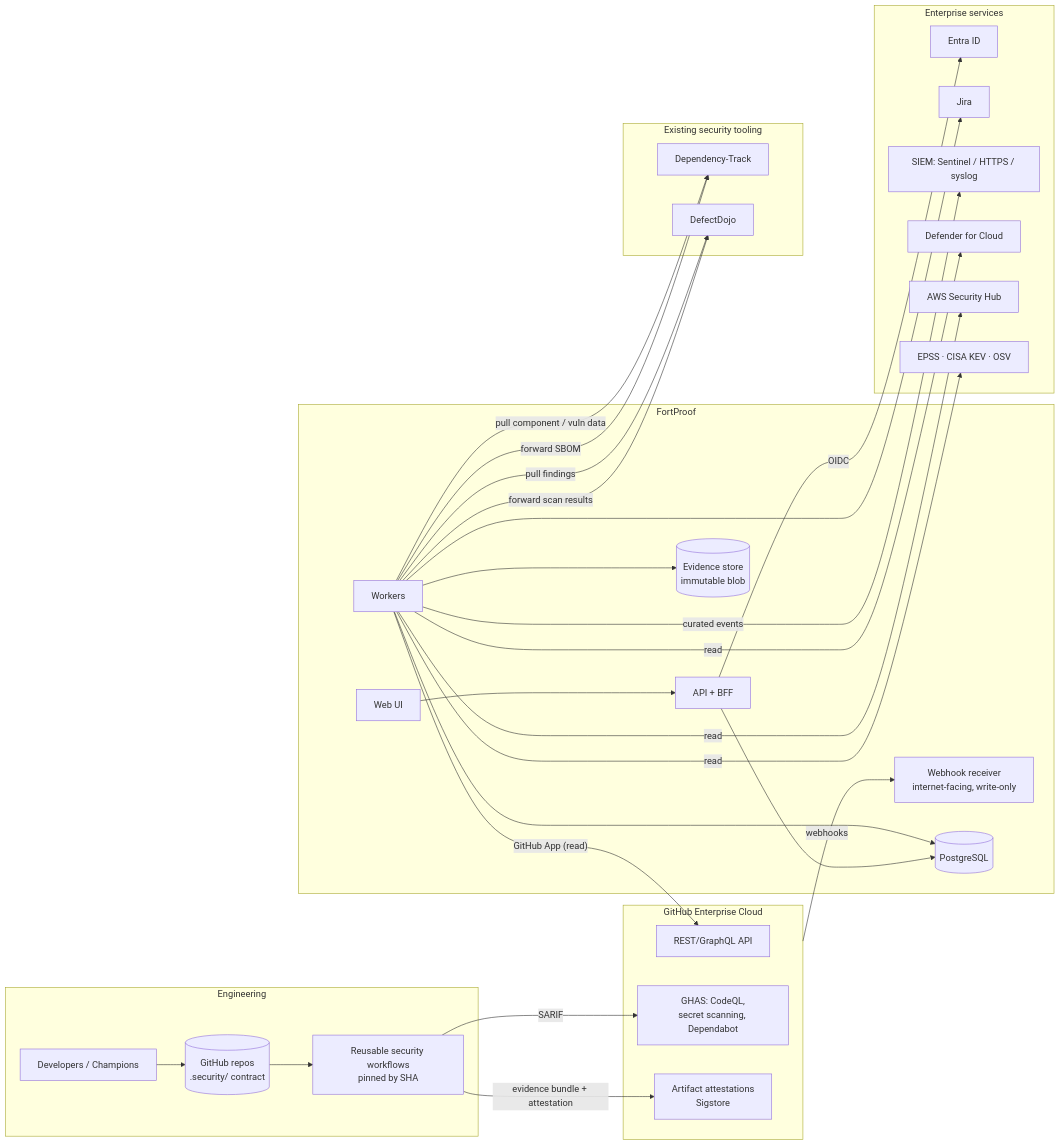
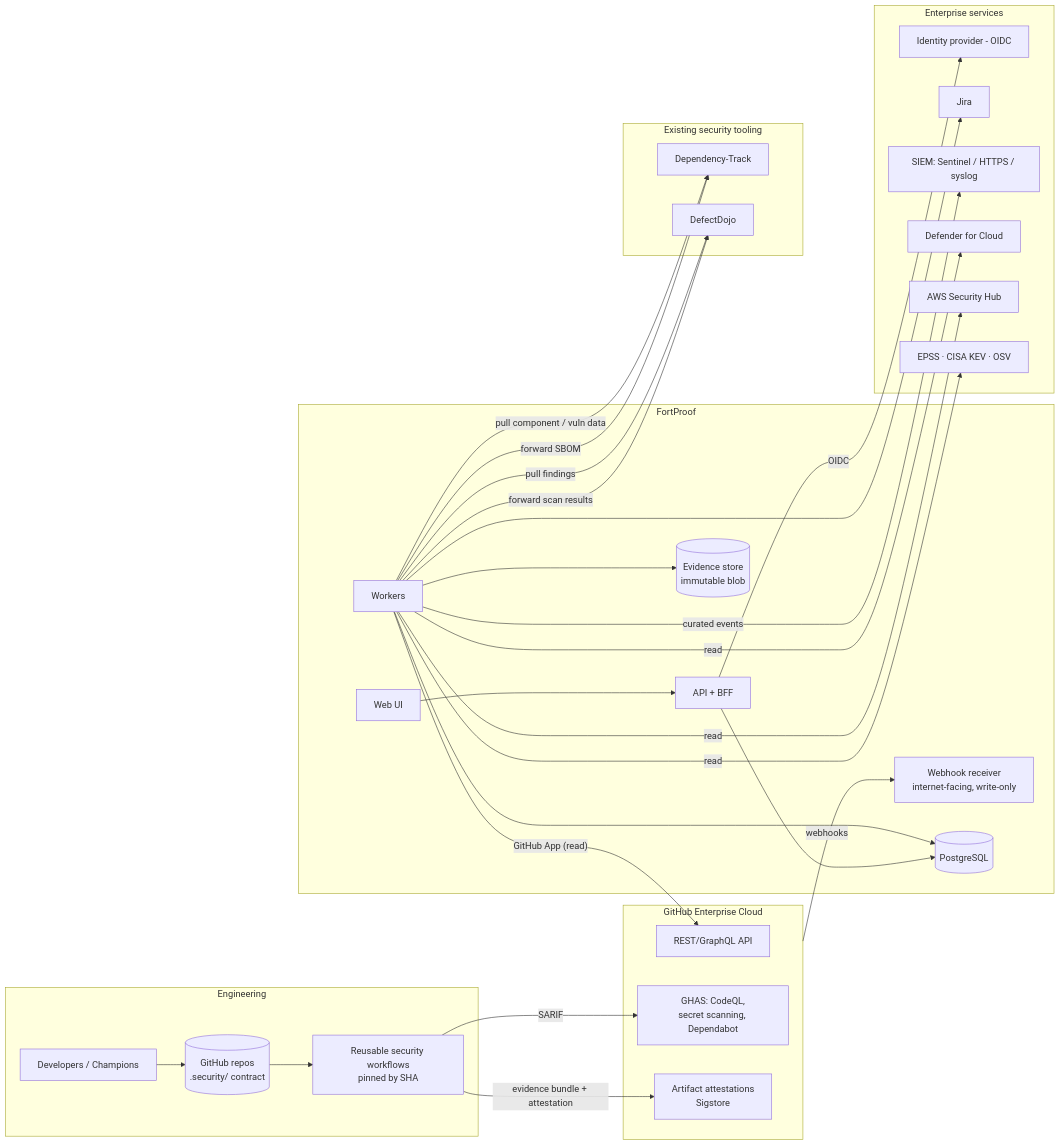
One commit to cipherfort/attestra changed the first of 3 diagrams in docs/architecture/02-platform-architecture.md. Above: the diagram before and after it, drawn with Mermaid. The commit also changed other lines of this file and 108 other files, not shown here.

````diff
--- a/docs/architecture/02-platform-architecture.md
+++ b/docs/architecture/02-platform-architecture.md
@@ -30,53 +30,53 @@
 ```mermaid
 flowchart LR
   subgraph Eng[Engineering]
     Dev[Developers / Champions]
     Repo[(GitHub repos<br/>.security/ contract)]
     WF[Reusable security workflows<br/>pinned by SHA]
   end
   subgraph GH[GitHub Enterprise Cloud]
     GHAPI[REST/GraphQL API]
     GHAS[GHAS: CodeQL,<br/>secret scanning, Dependabot]
     ATT[Artifact attestations<br/>Sigstore]
   end
   subgraph Plat[FortProof]
     HOOK[Webhook receiver<br/>internet-facing, write-only]
     API[API + BFF]
     UI[Web UI]
     WRK[Workers]
     DB[(PostgreSQL)]
     BLOB[(Evidence store<br/>immutable blob)]
   end
   subgraph Tools[Existing security tooling]
     DT[Dependency-Track]
     DD[DefectDojo]
   end
   subgraph Ext[Enterprise services]
-    ENTRA[Entra ID]
+    ENTRA[Identity provider - OIDC]
     JIRA[Jira]
     SENT[SIEM: Sentinel / HTTPS / syslog]
     DFC[Defender for Cloud]
     SH[AWS Security Hub]
     FEEDS[EPSS · CISA KEV · OSV]
   end
 
   Dev --> Repo --> WF
   WF -- SARIF --> GHAS
   WF -- evidence bundle + attestation --> ATT
   GH -- webhooks --> HOOK
   WRK -- GitHub App (read) --> GHAPI
   WRK -- forward SBOM --> DT
   WRK -- forward scan results --> DD
   WRK -- pull findings --> DD
   WRK -- pull component / vuln data --> DT
   WRK --> JIRA
   WRK -- curated events --> SENT
   WRK -- read --> DFC
   WRK -- read --> SH
   WRK -- read --> FEEDS
   UI --> API
   API --> DB
   WRK --> DB
   WRK --> BLOB
   API -- OIDC --> ENTRA
 ```
````
